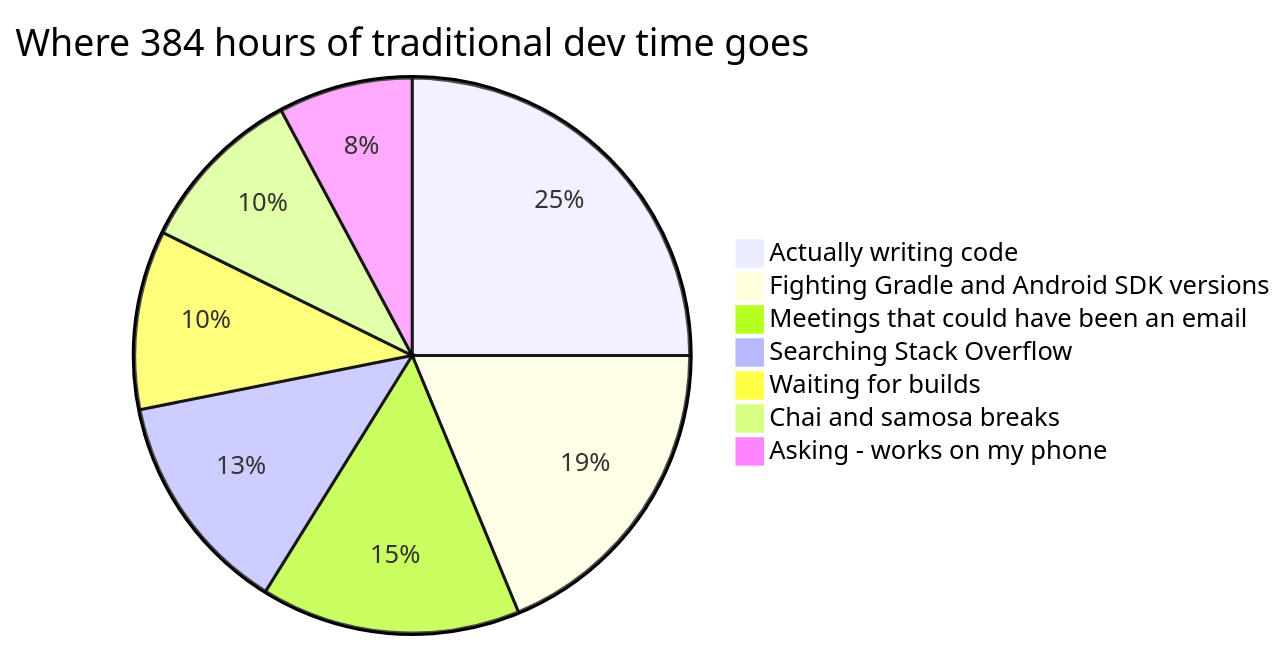
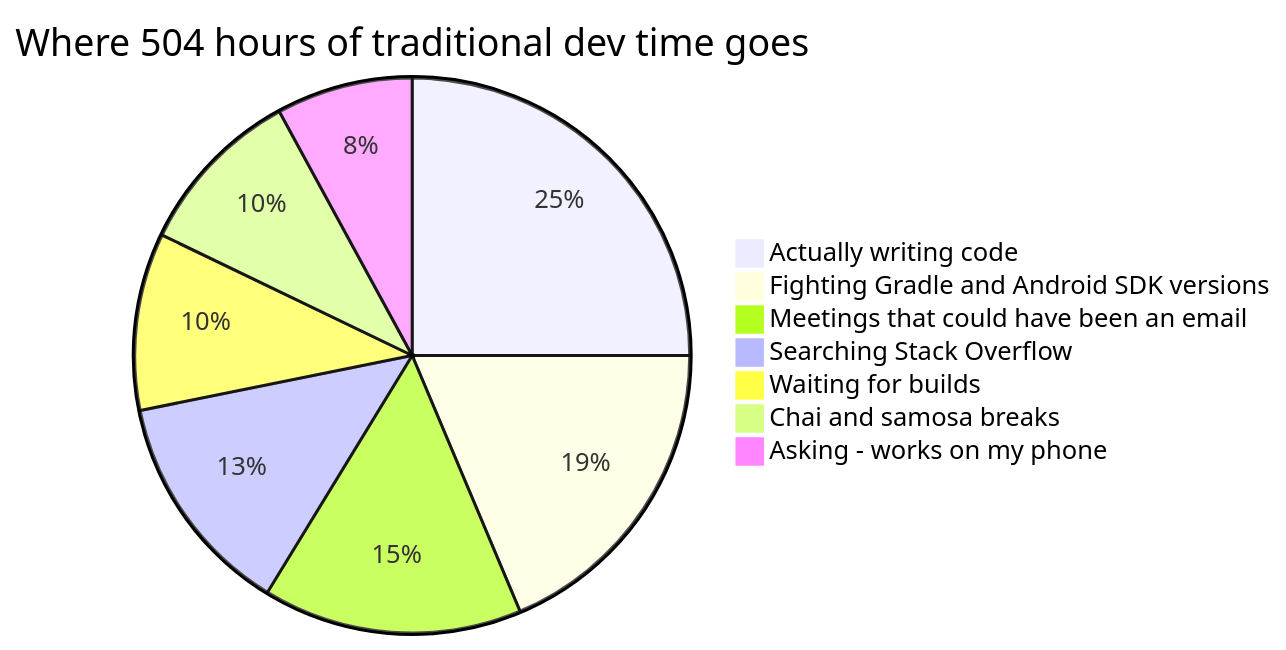
The sixth of 6 diagrams in README.md (mrajkishor/Android-Phone-Clone), drawn with Mermaid before and after one commit. The commit also changed other lines of this file and 15 other files, not shown here.

````diff
--- a/README.md
+++ b/README.md
@@ -590,10 +693,10 @@
 ```mermaid
-pie title Where 384 hours of traditional dev time goes
-    "Actually writing code" : 96
-    "Fighting Gradle and Android SDK versions" : 72
-    "Meetings that could have been an email" : 58
-    "Searching Stack Overflow" : 50
-    "Waiting for builds" : 40
-    "Chai and samosa breaks" : 38
-    "Asking - works on my phone" : 30
+pie title Where 504 hours of traditional dev time goes
+    "Actually writing code" : 126
+    "Fighting Gradle and Android SDK versions" : 94
+    "Meetings that could have been an email" : 76
+    "Searching Stack Overflow" : 66
+    "Waiting for builds" : 52
+    "Chai and samosa breaks" : 50
+    "Asking - works on my phone" : 40
 ```
````
